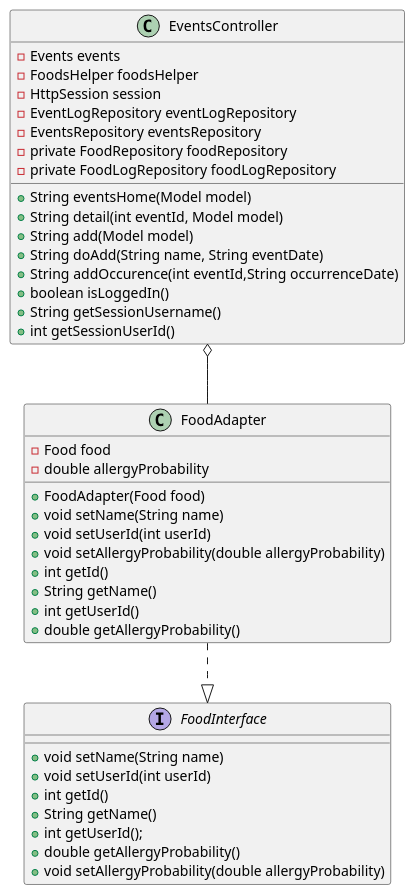
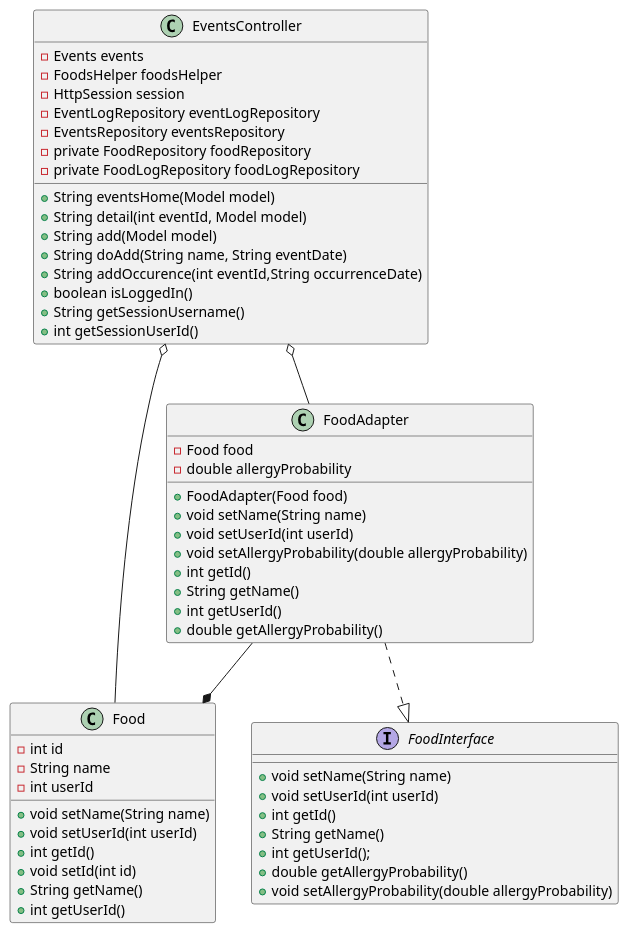
One commit to ericyamabe/CS5800-FinalProject_FoodAllergy changed the diagram in UML/Adapter.puml. Above: the diagram before and after it, drawn with PlantUML.

```diff
--- a/UML/Adapter.puml
+++ b/UML/Adapter.puml
@@ -1,47 +1,59 @@
 @startuml
 'https://plantuml.com/class-diagram
 
+class Food {
+    - int id
+    - String name
+    - int userId
+    + void setName(String name)
+    + void setUserId(int userId)
+    + int getId()
+    + void setId(int id)
+    + String getName()
+    + int getUserId()
+}
+FoodAdapter --* Food
 interface FoodInterface {
     + void setName(String name)
     + void setUserId(int userId)
     + int getId()
     + String getName()
     + int getUserId();
     + double getAllergyProbability()
     + void setAllergyProbability(double allergyProbability)
 }
 
 class FoodAdapter {
     - Food food
     - double allergyProbability
     + FoodAdapter(Food food)
     + void setName(String name)
     + void setUserId(int userId)
     + void setAllergyProbability(double allergyProbability)
     + int getId()
     + String getName()
     + int getUserId()
     + double getAllergyProbability()
 }
 
 FoodAdapter ..|> FoodInterface
-
+EventsController o-- Food
 class EventsController {
     - Events events
     - FoodsHelper foodsHelper
     - HttpSession session
     - EventLogRepository eventLogRepository
     - EventsRepository eventsRepository
     - private FoodRepository foodRepository
     - private FoodLogRepository foodLogRepository
     + String eventsHome(Model model)
     + String detail(int eventId, Model model)
     + String add(Model model)
     + String doAdd(String name, String eventDate)
     + String addOccurence(int eventId,String occurrenceDate)
     + boolean isLoggedIn()
     + String getSessionUsername()
     + int getSessionUserId()
 }
 EventsController o-- FoodAdapter
 @enduml
```
